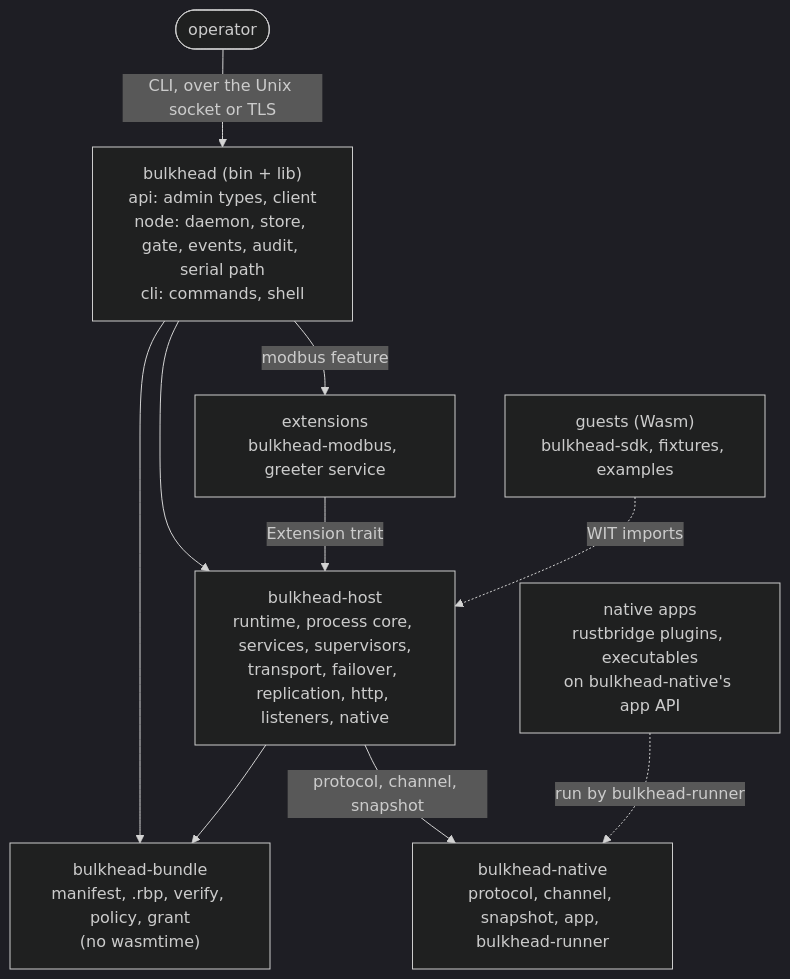
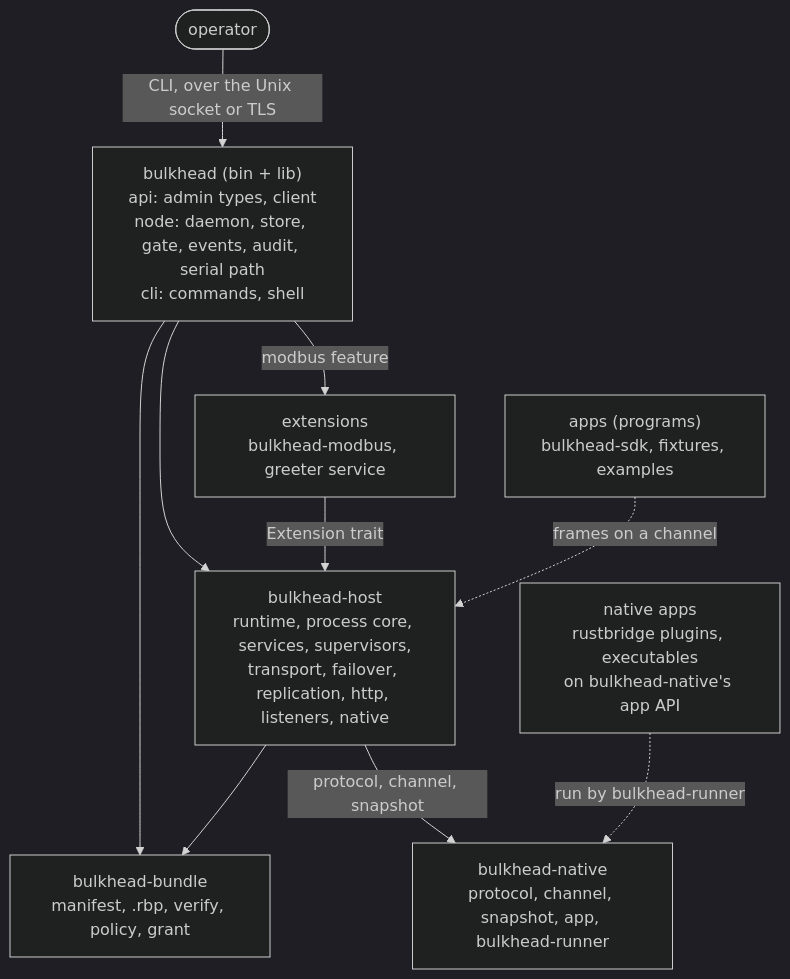
Before and after one commit to jrobhoward/paddock: the first of 10 diagrams in docs/ARCHITECTURE.md, drawn with Mermaid (dark theme). The commit also changed other lines of this file and 13 other files, not shown here.

````diff
--- a/docs/ARCHITECTURE.md
+++ b/docs/ARCHITECTURE.md
@@ -9,19 +9,19 @@
 ```mermaid
 flowchart TD
     operator(["operator"]) -->|"CLI, over the Unix socket or TLS"| bulkhead
     bulkhead["bulkhead (bin + lib)<br/>api: admin types, client<br/>node: daemon, store, gate, events, audit, serial path<br/>cli: commands, shell"]
     host["bulkhead-host<br/>runtime, process core, services, supervisors,<br/>transport, failover, replication, http, listeners, native"]
-    bundle["bulkhead-bundle<br/>manifest, .rbp, verify, policy, grant<br/>(no wasmtime)"]
+    bundle["bulkhead-bundle<br/>manifest, .rbp, verify, policy, grant"]
     native["bulkhead-native<br/>protocol, channel, snapshot, app, bulkhead-runner"]
     ext["extensions<br/>bulkhead-modbus, greeter service"]
-    guests["guests (Wasm)<br/>bulkhead-sdk, fixtures, examples"]
+    guests["apps (programs)<br/>bulkhead-sdk, fixtures, examples"]
     napps["native apps<br/>rustbridge plugins, executables<br/>on bulkhead-native's app API"]
     bulkhead --> host
     bulkhead --> bundle
     bulkhead -->|"modbus feature"| ext
     host --> bundle
     host -->|"protocol, channel, snapshot"| native
     ext -->|"Extension trait"| host
-    guests -.->|"WIT imports"| host
+    guests -.->|"frames on a channel"| host
     napps -.->|"run by bulkhead-runner"| native
 ```
````
